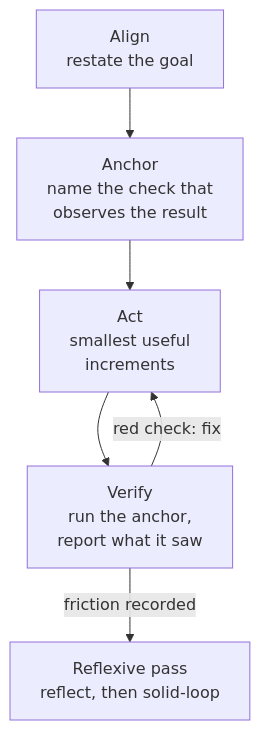
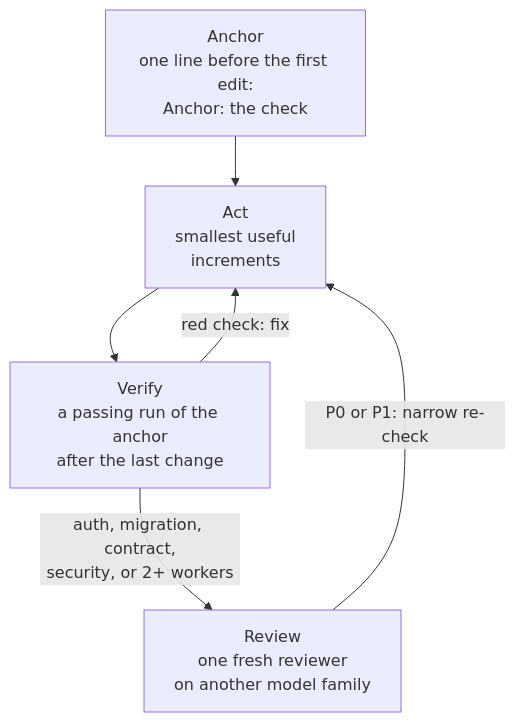
The diagram in site/src/content/docs/guide/concepts.md (wayne930242/anchorloop), drawn with Mermaid before and after one commit. The commit also changed other lines of this file and 250 other files, not shown here.

````diff
--- a/site/src/content/docs/guide/concepts.md
+++ b/site/src/content/docs/guide/concepts.md
@@ -16,8 +16,8 @@
 ```mermaid
 flowchart TD
-  align["Align<br/>restate the goal"] --> anchor["Anchor<br/>name the check that<br/>observes the result"]
-  anchor --> act["Act<br/>smallest useful<br/>increments"]
-  act --> verify["Verify<br/>run the anchor,<br/>report what it saw"]
+  anchor["Anchor<br/>one line before the first edit:<br/>Anchor: the check"] --> act["Act<br/>smallest useful<br/>increments"]
+  act --> verify["Verify<br/>a passing run of the anchor<br/>after the last change"]
   verify -->|"red check: fix"| act
-  verify -->|"friction recorded"| reflexive["Reflexive pass<br/>reflect, then solid-loop"]
+  verify -->|"auth, migration, contract,<br/>security, or 2+ workers"| review["Review<br/>one fresh reviewer<br/>on another model family"]
+  review -->|"P0 or P1: narrow re-check"| act
 ```
````
